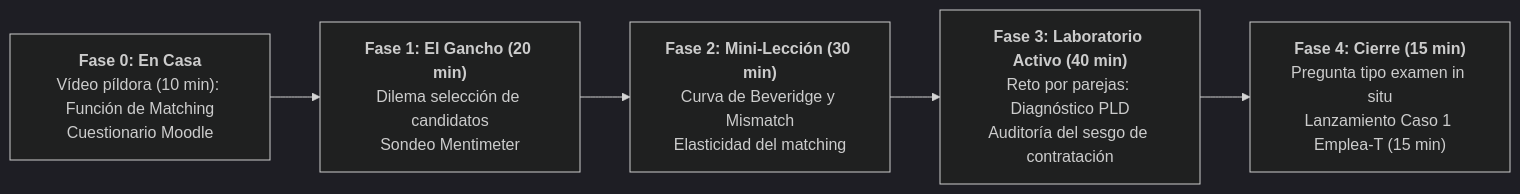
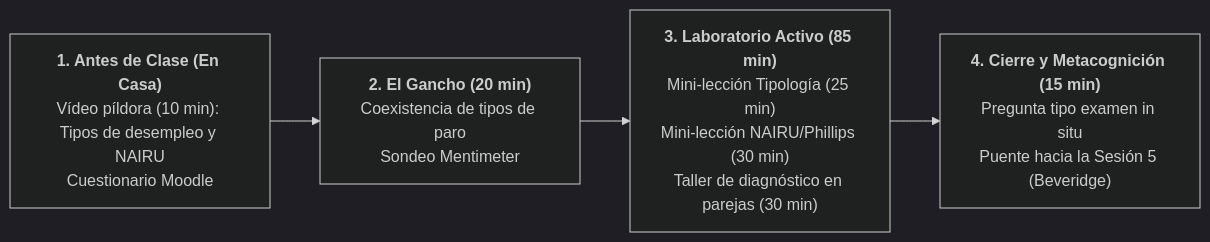
The diagram in cronograma/guion_sesion_2109_martes.md (mhidper/PSSLL2627), drawn with Mermaid (dark theme) before and after one commit. The commit also changed other lines of this file and 3 other files, not shown here.

````diff
--- a/cronograma/guion_sesion_2109_martes.md
+++ b/cronograma/guion_sesion_2109_martes.md
@@ -50,7 +52,6 @@
 ```mermaid
 flowchart LR
-    A["<b>Fase 0: En Casa</b><br>Vídeo píldora (10 min): Función de Matching<br>Cuestionario Moodle"] --> B["<b>Fase 1: El Gancho (20 min)</b><br>Dilema selección de candidatos<br>Sondeo Mentimeter"]
-    B --> C["<b>Fase 2: Mini-Lección (30 min)</b><br>Curva de Beveridge y Mismatch<br>Elasticidad del matching"]
-    C --> D["<b>Fase 3: Laboratorio Activo (40 min)</b><br>Reto por parejas: Diagnóstico PLD<br>Auditoría del sesgo de contratación"]
-    D --> E["<b>Fase 4: Cierre (15 min)</b><br>Pregunta tipo examen in situ<br>Lanzamiento Caso 1 Emplea-T (15 min)"]
+    A["<b>1. Antes de Clase (En Casa)</b><br>Vídeo píldora (10 min): Tipos de desempleo y NAIRU<br>Cuestionario Moodle"] --> B["<b>2. El Gancho (20 min)</b><br>Coexistencia de tipos de paro<br>Sondeo Mentimeter"]
+    B --> C["<b>3. Laboratorio Activo (85 min)</b><br>Mini-lección Tipología (25 min)<br>Mini-lección NAIRU/Phillips (30 min)<br>Taller de diagnóstico en parejas (30 min)"]
+    C --> D["<b>4. Cierre y Metacognición (15 min)</b><br>Pregunta tipo examen in situ<br>Puente hacia la Sesión 5 (Beveridge)"]
 ```
````
